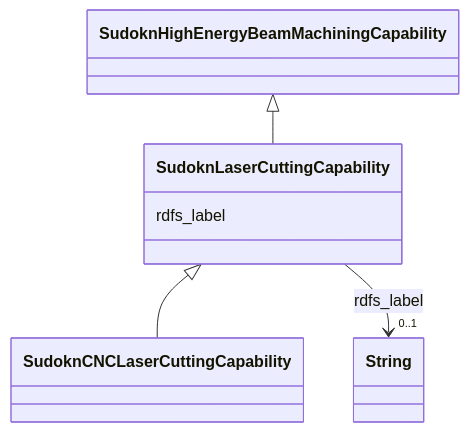
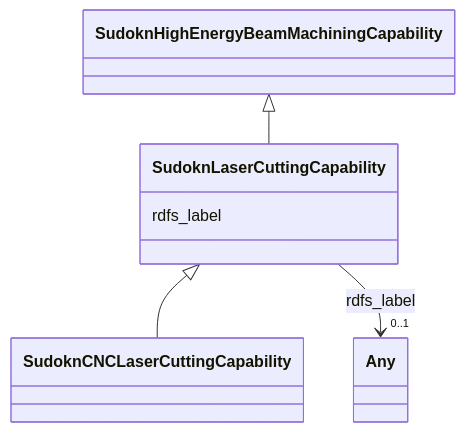
One commit to frink-okn/graph-descriptions changed the diagram in sudokn-kg/classes/SudoknLaserCuttingCapability.md. Above: the diagram before and after it, drawn with Mermaid. The commit also changed other lines of this file and 903 other files, not shown here.

````diff
--- a/sudokn-kg/classes/SudoknLaserCuttingCapability.md
+++ b/sudokn-kg/classes/SudoknLaserCuttingCapability.md
@@ -23,23 +18,23 @@
 ```mermaid
  classDiagram
     class SudoknLaserCuttingCapability
     click SudoknLaserCuttingCapability href "../SudoknLaserCuttingCapability"
       SudoknHighEnergyBeamMachiningCapability <|-- SudoknLaserCuttingCapability
         click SudoknHighEnergyBeamMachiningCapability href "../SudoknHighEnergyBeamMachiningCapability"
       
 
       SudoknLaserCuttingCapability <|-- SudoknCNCLaserCuttingCapability
         click SudoknCNCLaserCuttingCapability href "../SudoknCNCLaserCuttingCapability"
       
       
       SudoknLaserCuttingCapability : rdfs_label
         
           
     
     
-    SudoknLaserCuttingCapability --> "0..1" String : rdfs_label
-    click String href "../String"
+    SudoknLaserCuttingCapability --> "0..1" Any : rdfs_label
+    click Any href "../Any"
 
         
       
 ```
````
